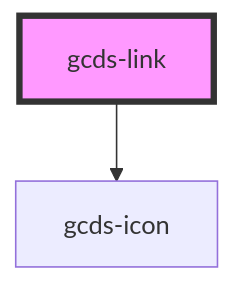
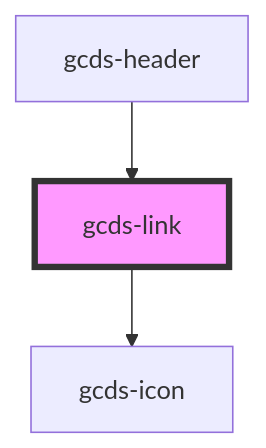
Before and after one commit to cds-snc/gcds-components: the diagram in packages/web/src/components/gcds-link/readme.md, drawn with Mermaid. The commit also changed other lines of this file and 2 other files, not shown here.

Commit message:
chore: update button + link readmes

````diff
--- a/packages/web/src/components/gcds-link/readme.md
+++ b/packages/web/src/components/gcds-link/readme.md
@@ -39,5 +43,6 @@
 ```mermaid
 graph TD;
   gcds-link --> gcds-icon
+  gcds-header --> gcds-link
   style gcds-link fill:#f9f,stroke:#333,stroke-width:4px
 ```
````
